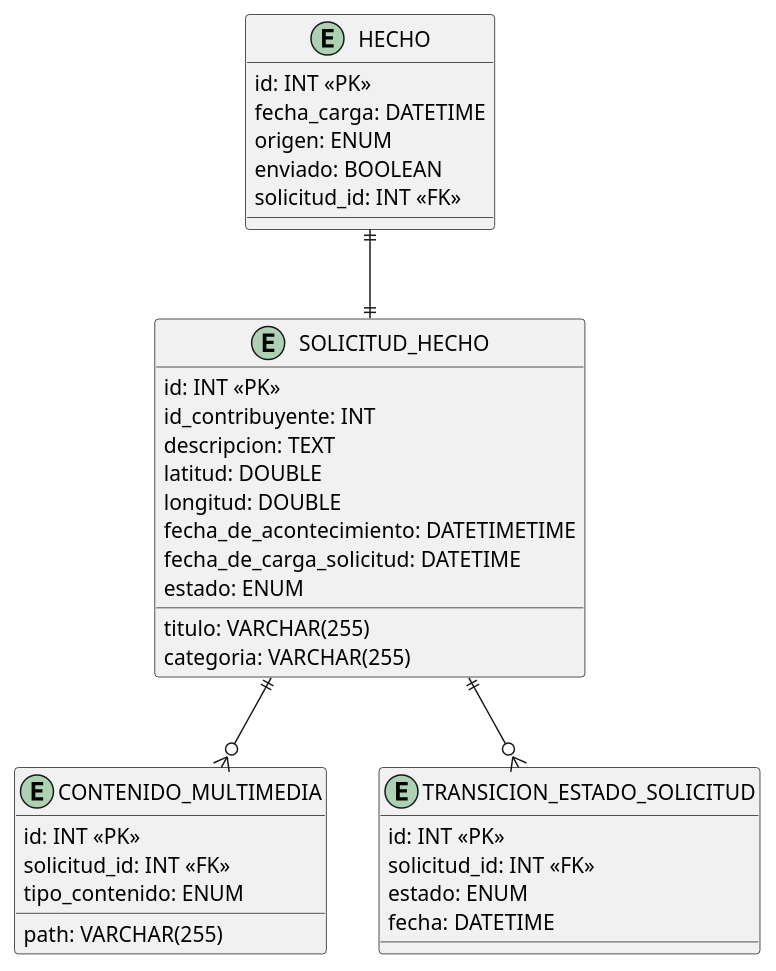
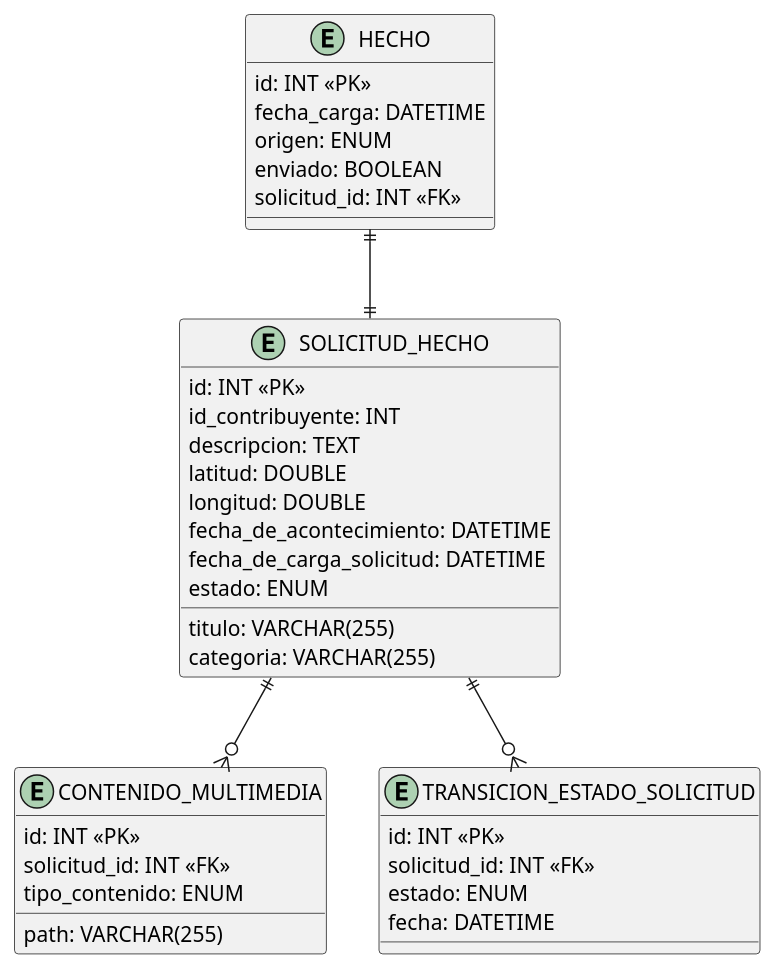
One commit to NicolasPazz/metamapa changed the diagram in entregables/entrega-final/diagrama-entidad-relacion/dinamica.puml. Above: the diagram before and after it, drawn with PlantUML. The commit also changed 47 other files, not shown here.

```diff
--- a/entregables/entrega-final/diagrama-entidad-relacion/dinamica.puml
+++ b/entregables/entrega-final/diagrama-entidad-relacion/dinamica.puml
@@ -1,42 +1,42 @@
 @startuml
 
 entity "HECHO" as h {
 id: INT <<PK>>
 fecha_carga: DATETIME
 origen: ENUM
 enviado: BOOLEAN
 solicitud_id: INT <<FK>>
 }
 
 entity "SOLICITUD_HECHO" as sh {
 id: INT <<PK>>
 id_contribuyente: INT
 titulo: VARCHAR(255)
 descripcion: TEXT
 categoria: VARCHAR(255)
 latitud: DOUBLE
 longitud: DOUBLE
-fecha_de_acontecimiento: DATETIMETIME
+fecha_de_acontecimiento: DATETIME
 fecha_de_carga_solicitud: DATETIME
 estado: ENUM
 }
 
 entity "CONTENIDO_MULTIMEDIA" as cm {
 id: INT <<PK>>
 solicitud_id: INT <<FK>>
 path: VARCHAR(255)
 tipo_contenido: ENUM
 }
 
 entity "TRANSICION_ESTADO_SOLICITUD" as tes {
 id: INT <<PK>>
 solicitud_id: INT <<FK>>
 estado: ENUM
 fecha: DATETIME
 }
 
 h ||--|| sh
 sh ||--o{ cm
 sh ||--o{ tes
 
 @enduml
```
